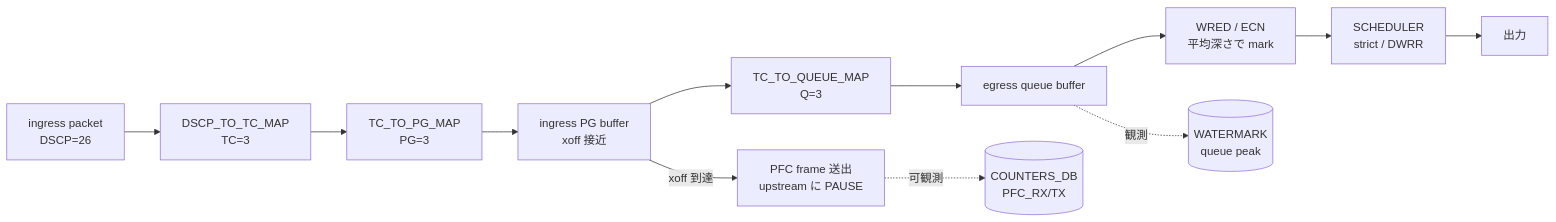
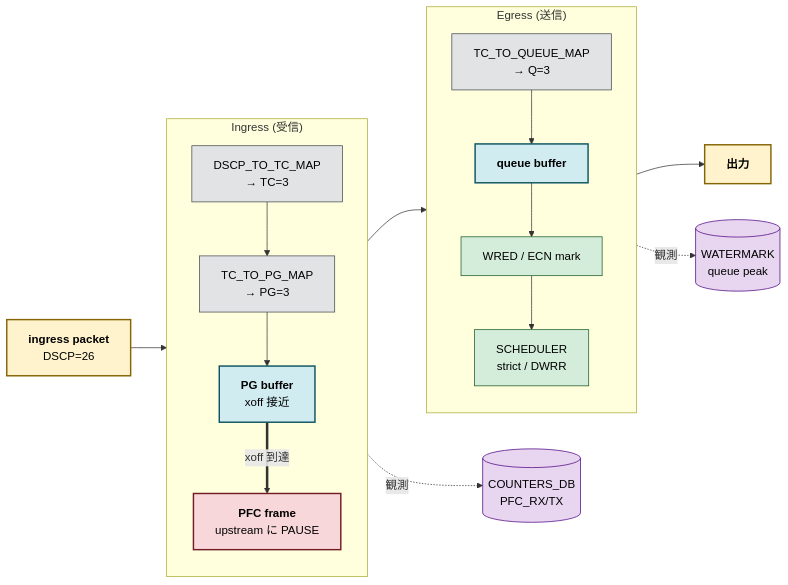
Before and after one commit to aoki-taquan/sonic-unofficial-docs: the diagram in docs/topics/08-qos-buffer/concept.md, drawn with Mermaid. The commit also changed 5 other files, not shown here.

First line of the commit message:
[quality] Topics 章間 + 個別 mermaid 品質向上

````diff
--- a/docs/topics/08-qos-buffer/concept.md
+++ b/docs/topics/08-qos-buffer/concept.md
@@ -77,14 +77,34 @@
 ```mermaid
 flowchart LR
-  IN[ingress packet<br>DSCP=26] --> M1[DSCP_TO_TC_MAP<br>TC=3]
-  M1 --> M2[TC_TO_PG_MAP<br>PG=3]
-  M2 --> PGBUF[ingress PG buffer<br>xoff 接近]
-  PGBUF -->|xoff 到達| PFC[PFC frame 送出<br>upstream に PAUSE]
-  PGBUF --> M3[TC_TO_QUEUE_MAP<br>Q=3]
-  M3 --> QBUF[egress queue buffer]
-  QBUF --> WRED[WRED / ECN<br>平均深さで mark]
-  WRED --> SCH[SCHEDULER<br>strict / DWRR]
-  SCH --> OUT[出力]
-  PFC -.可観測.-> CNT[(COUNTERS_DB<br>PFC_RX/TX)]
-  QBUF -.観測.-> WM[(WATERMARK<br>queue peak)]
+  IN["<b>ingress packet</b><br/>DSCP=26"]:::pkt
+  subgraph INGRESS["Ingress (受信)"]
+    direction TB
+    M1["DSCP_TO_TC_MAP<br/>→ TC=3"]:::map
+    M2["TC_TO_PG_MAP<br/>→ PG=3"]:::map
+    PGBUF["<b>PG buffer</b><br/>xoff 接近"]:::buf
+    PFC["<b>PFC frame</b><br/>upstream に PAUSE"]:::alert
+  end
+  subgraph EGRESS["Egress (送信)"]
+    direction TB
+    M3["TC_TO_QUEUE_MAP<br/>→ Q=3"]:::map
+    QBUF["<b>queue buffer</b>"]:::buf
+    WRED["WRED / ECN mark"]:::policy
+    SCH["SCHEDULER<br/>strict / DWRR"]:::policy
+  end
+  OUT["<b>出力</b>"]:::pkt
+  CNT[("COUNTERS_DB<br/>PFC_RX/TX")]:::obs
+  WM[("WATERMARK<br/>queue peak")]:::obs
+
+  IN --> M1 --> M2 --> PGBUF
+  PGBUF ==>|xoff 到達| PFC
+  PGBUF --> M3 --> QBUF --> WRED --> SCH --> OUT
+  PFC -.観測.-> CNT
+  QBUF -.観測.-> WM
+
+  classDef pkt fill:#fff3cd,stroke:#856404,stroke-width:2px,color:#000;
+  classDef map fill:#e2e3e5,stroke:#41464b,color:#000;
+  classDef buf fill:#d1ecf1,stroke:#0c5460,stroke-width:2px,color:#000;
+  classDef alert fill:#f8d7da,stroke:#721c24,stroke-width:2px,color:#000;
+  classDef policy fill:#d4edda,stroke:#155724,color:#000;
+  classDef obs fill:#e8d5f0,stroke:#4b0082,color:#000;
 ```
````
